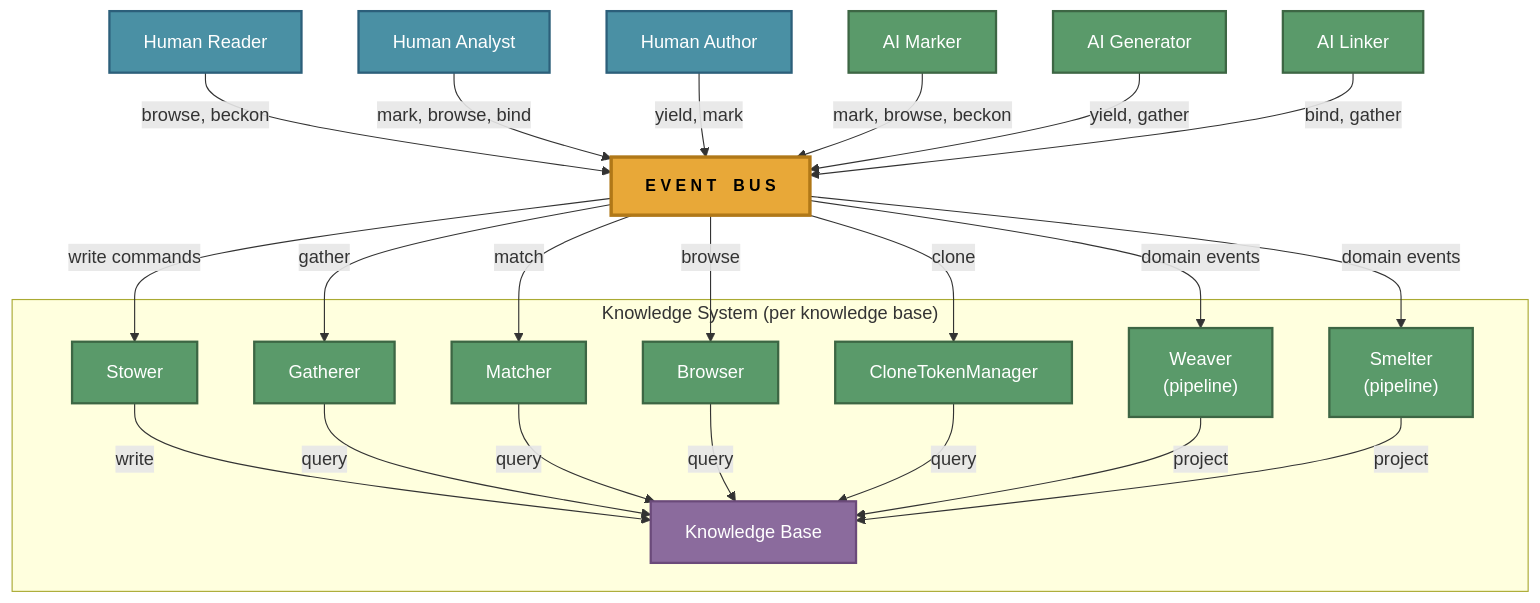
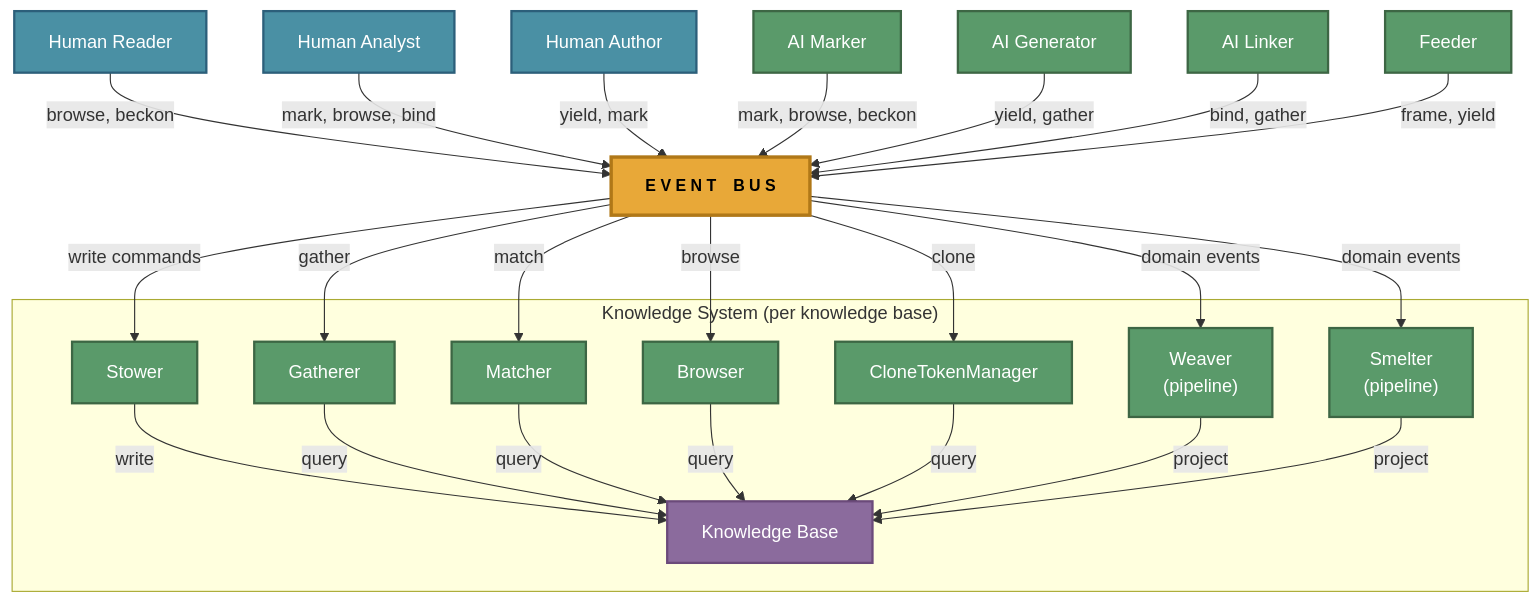
The diagram in docs/architecture/ACTOR-MODEL.md (The-AI-Alliance/semiont), drawn with Mermaid before and after one commit. The commit also changed other lines of this file and 2 other files, not shown here.

Commit message:
mention Feeder process (ingestion)

````diff
--- a/docs/architecture/ACTOR-MODEL.md
+++ b/docs/architecture/ACTOR-MODEL.md
@@ -9,49 +9,50 @@
 ```mermaid
 graph TD
     READER["Human Reader"] -->|"browse, beckon"| BUS
     ANALYST["Human Analyst"] -->|"mark, browse, bind"| BUS
     AUTHOR["Human Author"] -->|"yield, mark"| BUS
     MARKER["AI Marker"] -->|"mark, browse, beckon"| BUS
     GENERATOR["AI Generator"] -->|"yield, gather"| BUS
     LINKER["AI Linker"] -->|"bind, gather"| BUS
+    FEEDER["Feeder"] -->|"frame, yield"| BUS
 
     BUS["E V E N T &ensp; B U S"]
 
     subgraph ks ["Knowledge System (per knowledge base)"]
         STOWER["Stower"]
         GATHERER["Gatherer"]
         MATCHER["Matcher"]
         BROWSER["Browser"]
         CTM["CloneTokenManager"]
         WEAVER["Weaver<br/>(pipeline)"]
         SMELTER["Smelter<br/>(pipeline)"]
         KB["Knowledge Base"]
         STOWER -->|"write"| KB
         GATHERER -->|"query"| KB
         MATCHER -->|"query"| KB
         BROWSER -->|"query"| KB
         CTM -->|"query"| KB
         WEAVER -->|"project"| KB
         SMELTER -->|"project"| KB
     end
 
     BUS -->|"write commands"| STOWER
     BUS -->|"gather"| GATHERER
     BUS -->|"match"| MATCHER
     BUS -->|"browse"| BROWSER
     BUS -->|"clone"| CTM
     BUS -->|"domain events"| WEAVER
     BUS -->|"domain events"| SMELTER
 
     classDef bus fill:#e8a838,stroke:#b07818,stroke-width:3px,color:#000,font-weight:bold,font-size:14px
     classDef human fill:#4a90a4,stroke:#2c5f7a,stroke-width:2px,color:#fff
     classDef ai fill:#5a9a6a,stroke:#3d6644,stroke-width:2px,color:#fff
     classDef kb fill:#8b6b9d,stroke:#6b4a7a,stroke-width:2px,color:#fff
     classDef worker fill:#5a9a6a,stroke:#3d6644,stroke-width:2px,color:#fff
 
     class READER,ANALYST,AUTHOR human
-    class MARKER,GENERATOR,LINKER ai
+    class MARKER,GENERATOR,LINKER,FEEDER ai
     class BUS bus
     class KB kb
     class STOWER,GATHERER,MATCHER,BROWSER,CTM,WEAVER,SMELTER worker
 ```
````
